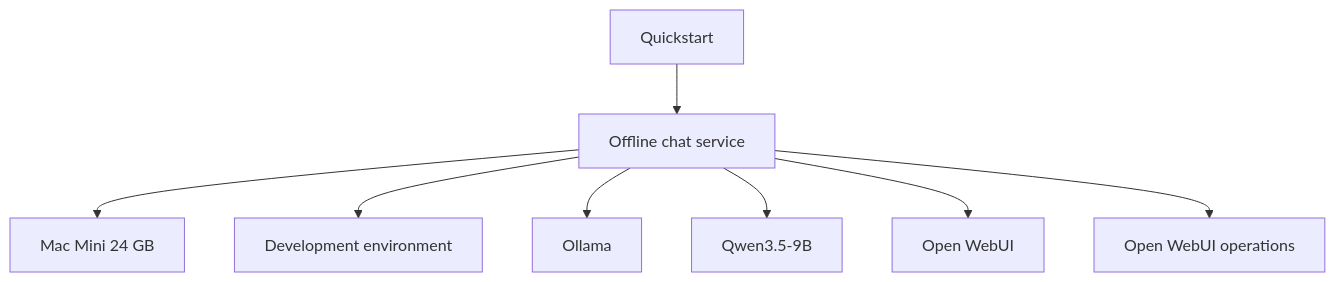
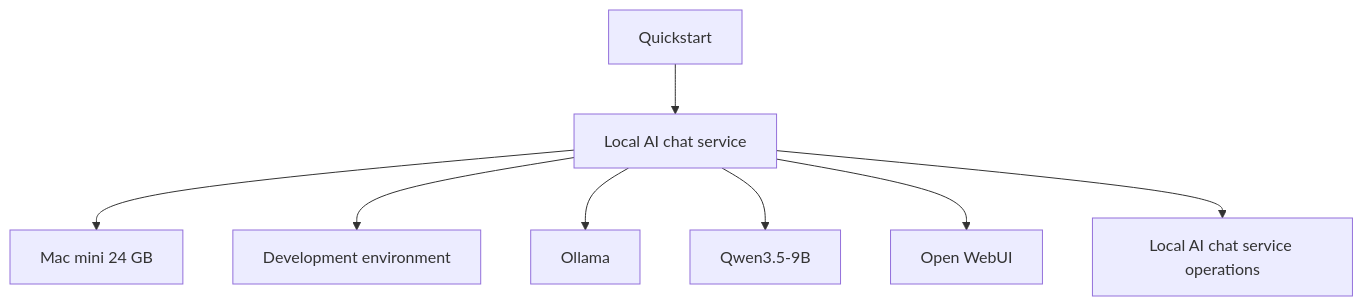
Before and after one commit to Commonwealth-of-Learning/Frugal-AI-KnowledgeBase: the diagram in docs/concepts/how-the-stack-fits-together.md, drawn with Mermaid. The commit also changed other lines of this file and 5 other files, not shown here.

````diff
--- a/docs/concepts/how-the-stack-fits-together.md
+++ b/docs/concepts/how-the-stack-fits-together.md
@@ -41,10 +41,10 @@
 ```mermaid
 flowchart TD
-  Q[Quickstart] --> G[Offline chat service]
-  G --> H[Mac Mini 24 GB]
+  Q[Quickstart] --> G[Local AI chat service]
+  G --> H[Mac mini 24 GB]
   G --> E[Development environment]
   G --> O[Ollama]
   G --> M[Qwen3.5-9B]
   G --> W[Open WebUI]
-  G --> R[Open WebUI operations]
+  G --> R[Local AI chat service operations]
 ```
````
